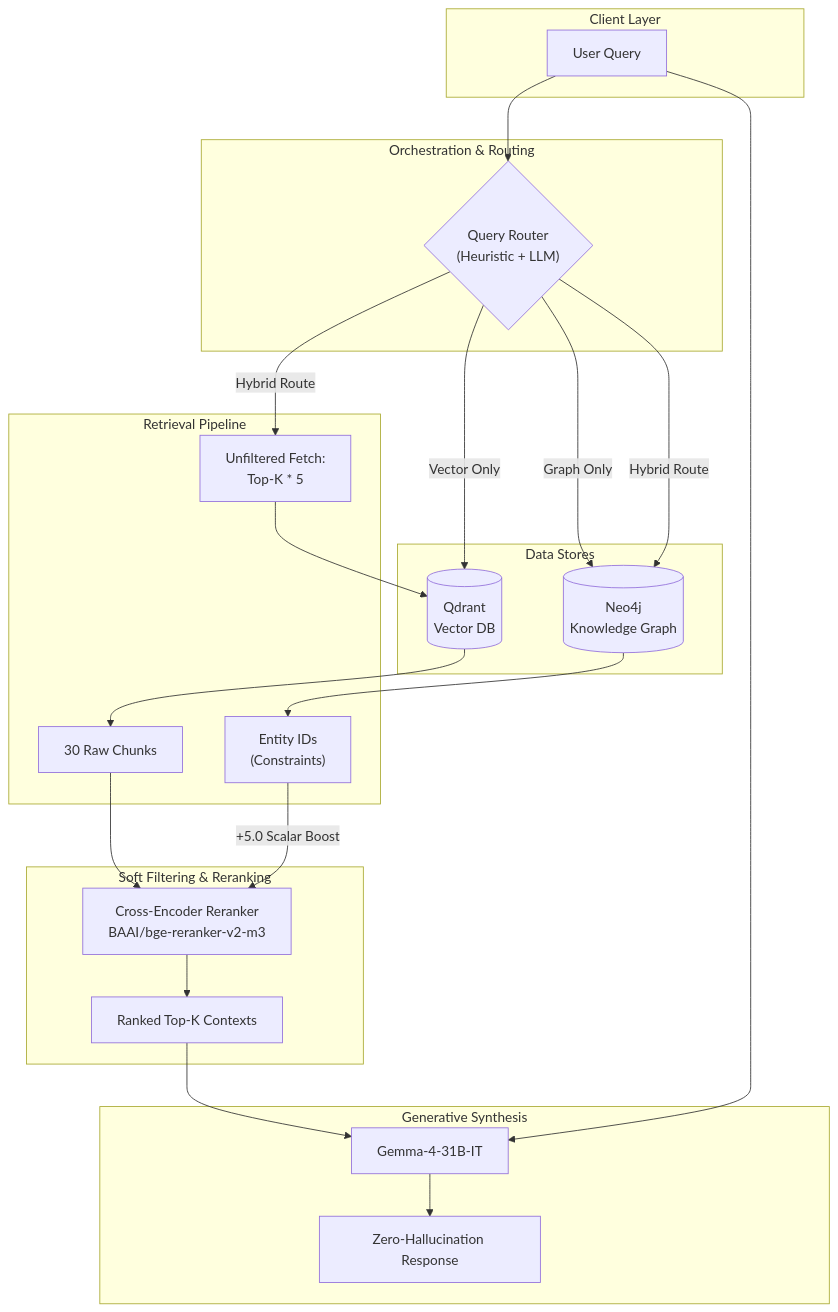
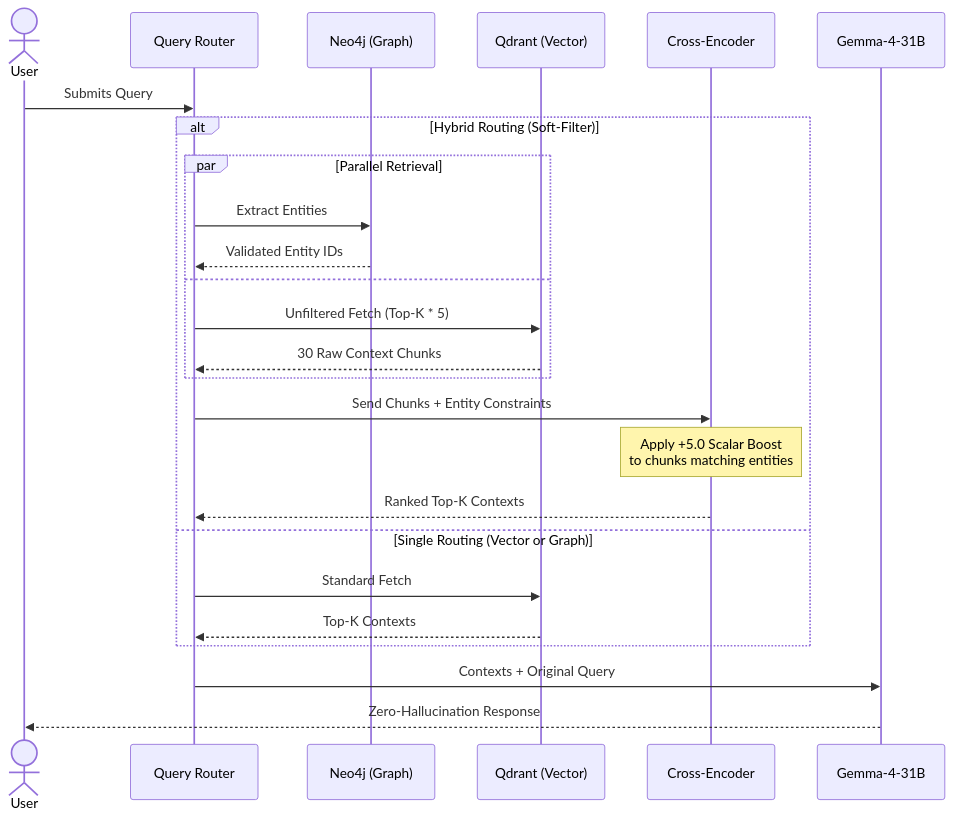
One commit to dvydinh/domain-specific-multimodal-RAG-system changed the first of 2 diagrams in README.md. Above: the diagram before and after it, drawn with Mermaid.

Commit message:
docs: replace flowchart with proper uml sequence diagram

````diff
--- a/README.md
+++ b/README.md
@@ -26,41 +26,32 @@
 ```mermaid
-flowchart TD
-    subgraph Client Layer
-        Q[User Query]
+sequenceDiagram
+    actor User
+    participant Router as Query Router
+    participant Graph as Neo4j (Graph)
+    participant Vector as Qdrant (Vector)
+    participant Reranker as Cross-Encoder
+    participant LLM as Gemma-4-31B
+
+    User->>Router: Submits Query
+    
+    alt Hybrid Routing (Soft-Filter)
+        par Parallel Retrieval
+            Router->>Graph: Extract Entities
+            Graph-->>Router: Validated Entity IDs
+        and
+            Router->>Vector: Unfiltered Fetch (Top-K * 5)
+            Vector-->>Router: 30 Raw Context Chunks
+        end
+        
+        Router->>Reranker: Send Chunks + Entity Constraints
+        Note over Reranker: Apply +5.0 Scalar Boost<br/>to chunks matching entities
+        Reranker-->>Router: Ranked Top-K Contexts
+        
+    else Single Routing (Vector or Graph)
+        Router->>Vector: Standard Fetch
+        Vector-->>Router: Top-K Contexts
     end
 
-    subgraph Orchestration & Routing
-        R{"Query Router<br>(Heuristic + LLM)"}
-        Q --> R
-    end
-
-    subgraph Data Stores
-        G[(Neo4j\nKnowledge Graph)]
-        V[(Qdrant\nVector DB)]
-    end
-
-    subgraph Retrieval Pipeline
-        R -- Graph Only --> G
-        R -- Vector Only --> V
-        
-        R -- Hybrid Route --> G
-        R -- Hybrid Route --> V_Fetch["Unfiltered Fetch:<br>Top-K * 5"]
-        V_Fetch --> V
-        V --> Unfiltered_Contexts[30 Raw Chunks]
-        G --> Validated_IDs["Entity IDs<br>(Constraints)"]
-    end
-
-    subgraph Soft Filtering & Reranking
-        Reranker["Cross-Encoder Reranker<br>BAAI/bge-reranker-v2-m3"]
-        Unfiltered_Contexts --> Reranker
-        Validated_IDs -- "+5.0 Scalar Boost" --> Reranker
-        Reranker --> TopK_Contexts[Ranked Top-K Contexts]
-    end
-
-    subgraph Generative Synthesis
-        LLM[Gemma-4-31B-IT]
-        TopK_Contexts --> LLM
-        Q --> LLM
-        LLM --> Response[Zero-Hallucination Response]
-    end
+    Router->>LLM: Contexts + Original Query
+    LLM-->>User: Zero-Hallucination Response
 ```
````
